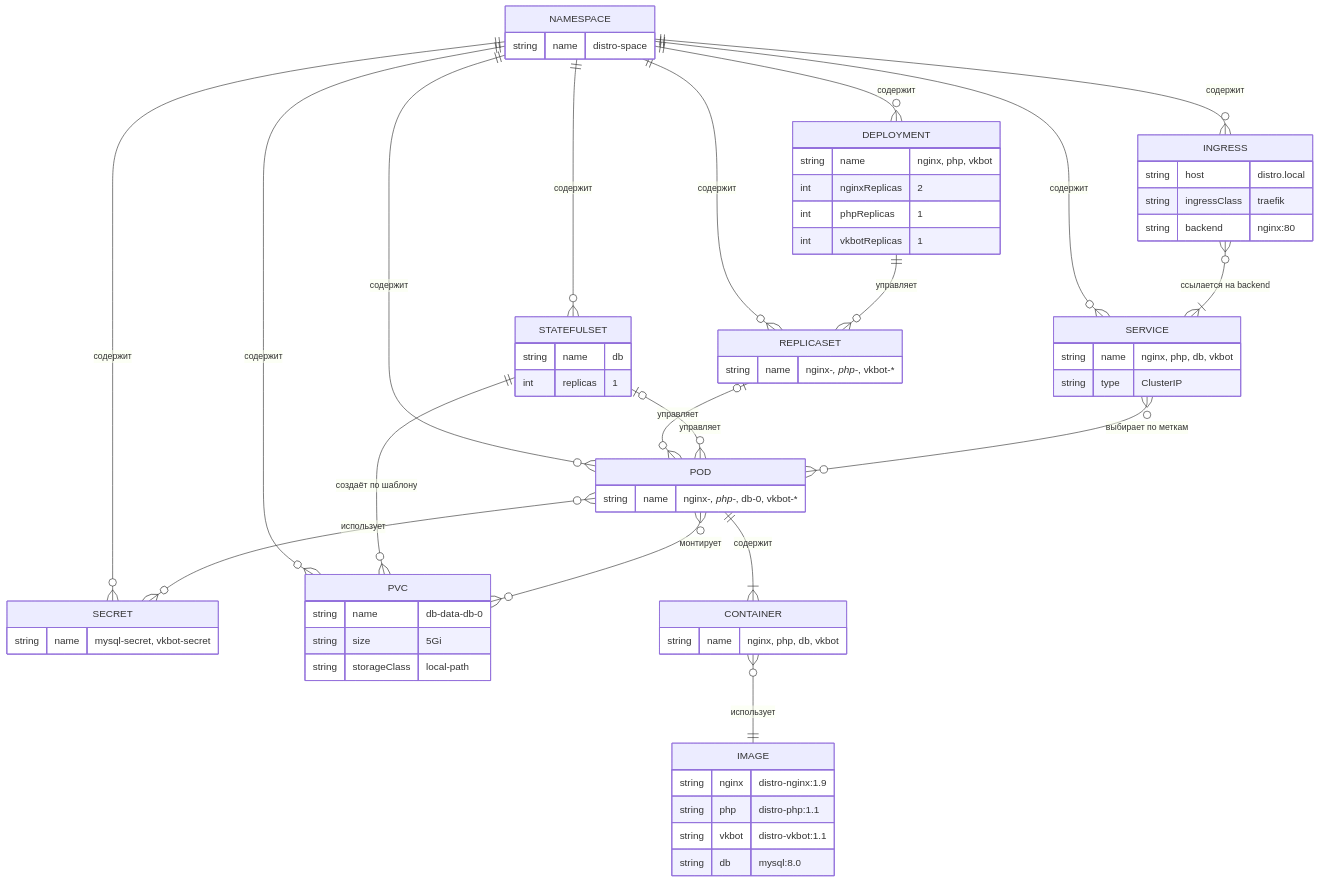
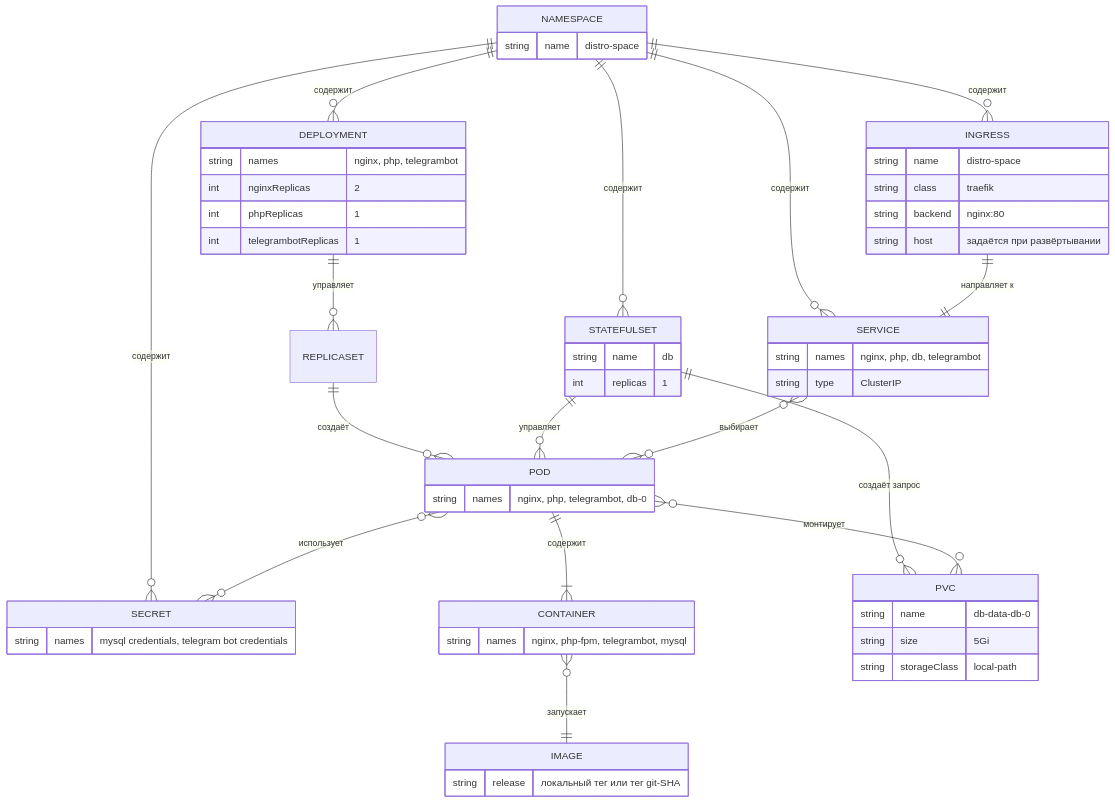
The first of 2 diagrams in README.md (lootnick266-lgtm/Distro-space), drawn with Mermaid before and after one commit. The commit also changed other lines of this file, not shown here.

````diff
--- a/README.md
+++ b/README.md
@@ -166,69 +93,61 @@
-```mermaid
+~~~mermaid
 erDiagram
     NAMESPACE ||--o{ DEPLOYMENT : "содержит"
-    NAMESPACE ||--o{ REPLICASET : "содержит"
     NAMESPACE ||--o{ STATEFULSET : "содержит"
-    NAMESPACE ||--o{ POD : "содержит"
     NAMESPACE ||--o{ SERVICE : "содержит"
     NAMESPACE ||--o{ INGRESS : "содержит"
     NAMESPACE ||--o{ SECRET : "содержит"
-    NAMESPACE ||--o{ PVC : "содержит"
 
     DEPLOYMENT ||--o{ REPLICASET : "управляет"
-    REPLICASET |o--o{ POD : "управляет"
-    STATEFULSET |o--o{ POD : "управляет"
+    REPLICASET ||--o{ POD : "создаёт"
+    STATEFULSET ||--o{ POD : "управляет"
     POD ||--|{ CONTAINER : "содержит"
-    CONTAINER }o--|| IMAGE : "использует"
+    CONTAINER }o--|| IMAGE : "запускает"
 
-    SERVICE }o--o{ POD : "выбирает по меткам"
-    INGRESS }o--|{ SERVICE : "ссылается на backend"
-    STATEFULSET ||--o{ PVC : "создаёт по шаблону"
+    SERVICE }o--o{ POD : "выбирает"
+    INGRESS ||--|| SERVICE : "направляет к"
+    STATEFULSET ||--o{ PVC : "создаёт запрос"
     POD }o--o{ PVC : "монтирует"
     POD }o--o{ SECRET : "использует"
 
     NAMESPACE {
         string name "distro-space"
     }
     DEPLOYMENT {
-        string name "nginx, php, vkbot"
+        string names "nginx, php, telegrambot"
         int nginxReplicas "2"
         int phpReplicas "1"
-        int vkbotReplicas "1"
-    }
-    REPLICASET {
-        string name "nginx-*, php-*, vkbot-*"
+        int telegrambotReplicas "1"
     }
     STATEFULSET {
         string name "db"
         int replicas "1"
     }
     POD {
-        string name "nginx-*, php-*, db-0, vkbot-*"
+        string names "nginx, php, telegrambot, db-0"
     }
     CONTAINER {
-        string name "nginx, php, db, vkbot"
+        string names "nginx, php-fpm, telegrambot, mysql"
     }
     SERVICE {
-        string name "nginx, php, db, vkbot"
+        string names "nginx, php, db, telegrambot"
         string type "ClusterIP"
     }
     INGRESS {
-        string host "distro.local"
-        string ingressClass "traefik"
+        string name "distro-space"
+        string class "traefik"
         string backend "nginx:80"
+        string host "задаётся при развёртывании"
     }
     SECRET {
-        string name "mysql-secret, vkbot-secret"
+        string names "mysql credentials, telegram bot credentials"
     }
     PVC {
         string name "db-data-db-0"
         string size "5Gi"
         string storageClass "local-path"
     }
     IMAGE {
-        string nginx "distro-nginx:1.9"
-        string php "distro-php:1.1"
-        string vkbot "distro-vkbot:1.1"
-        string db "mysql:8.0"
+        string release "локальный тег или тег git-SHA"
     }
-```
+~~~
````
